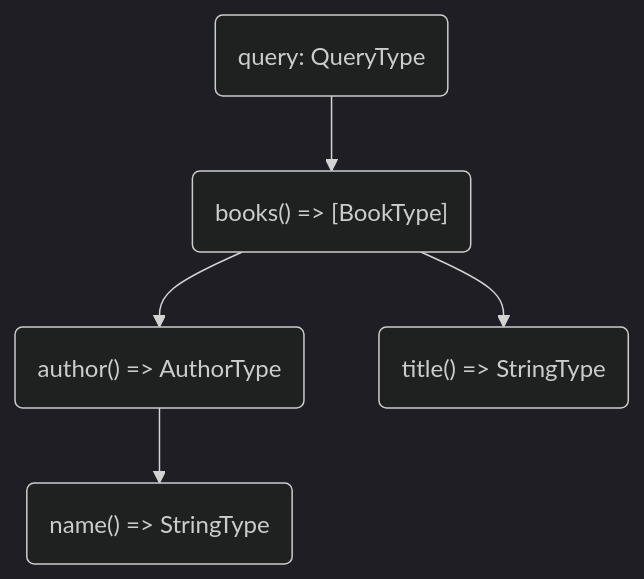
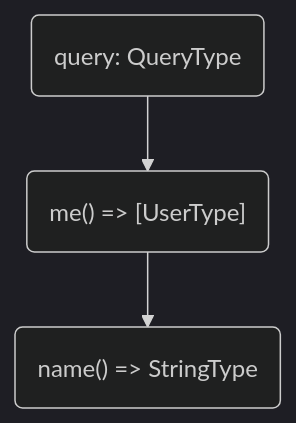
One commit to ChilliCream/graphql-platform changed the second of 3 diagrams in website/src/docs/hotchocolate/fetching-data/index.md. Above: the diagram before and after it, drawn with Mermaid (dark theme). The commit also changed other lines of this file, not shown here.

````diff
--- a/website/src/docs/hotchocolate/fetching-data/index.md
+++ b/website/src/docs/hotchocolate/fetching-data/index.md
@@ -42,7 +41,5 @@
 ```mermaid
 graph TD
-  A(query: QueryType) --> B("books() => [BookType]")
-  B --> C("author() => AuthorType")
-  B --> D("title() => StringType")
-  C --> E("name() => StringType")
+  A(query: QueryType) --> B("me() => [UserType]")
+  B --> C("name() => StringType")
 ```
````
